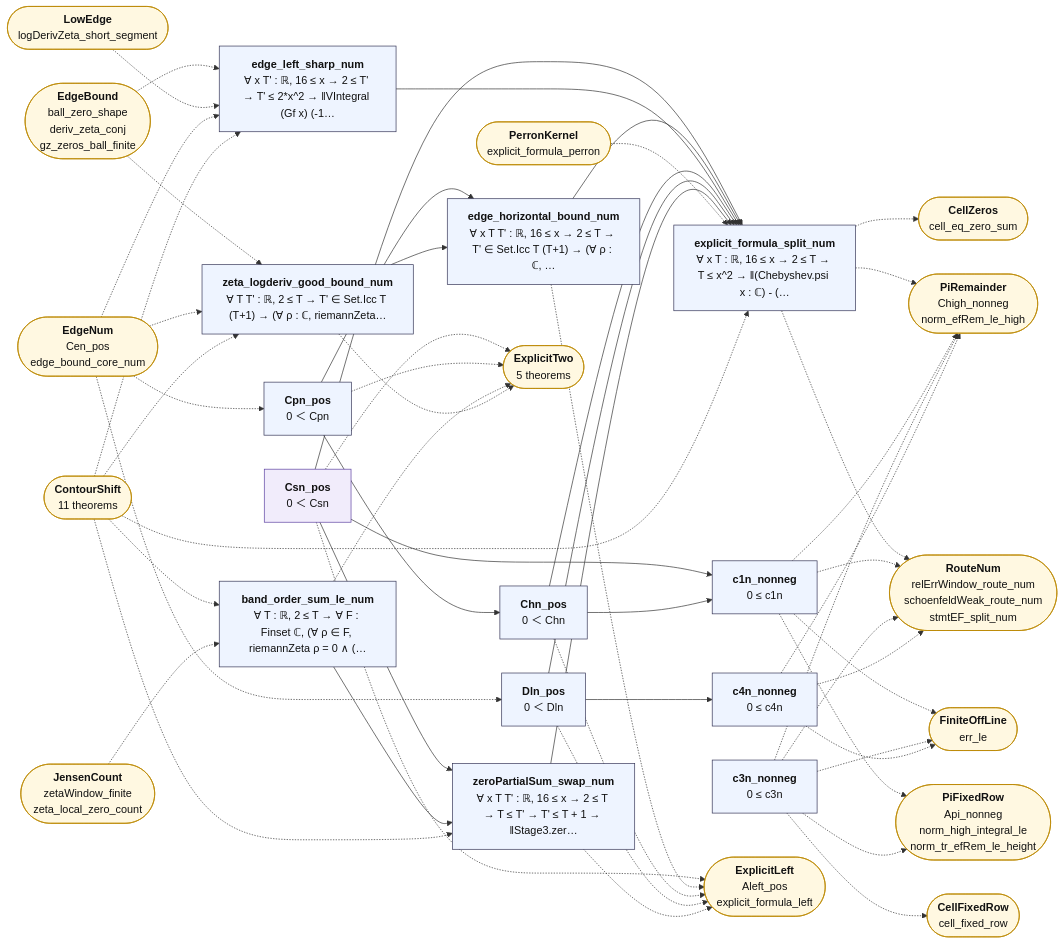
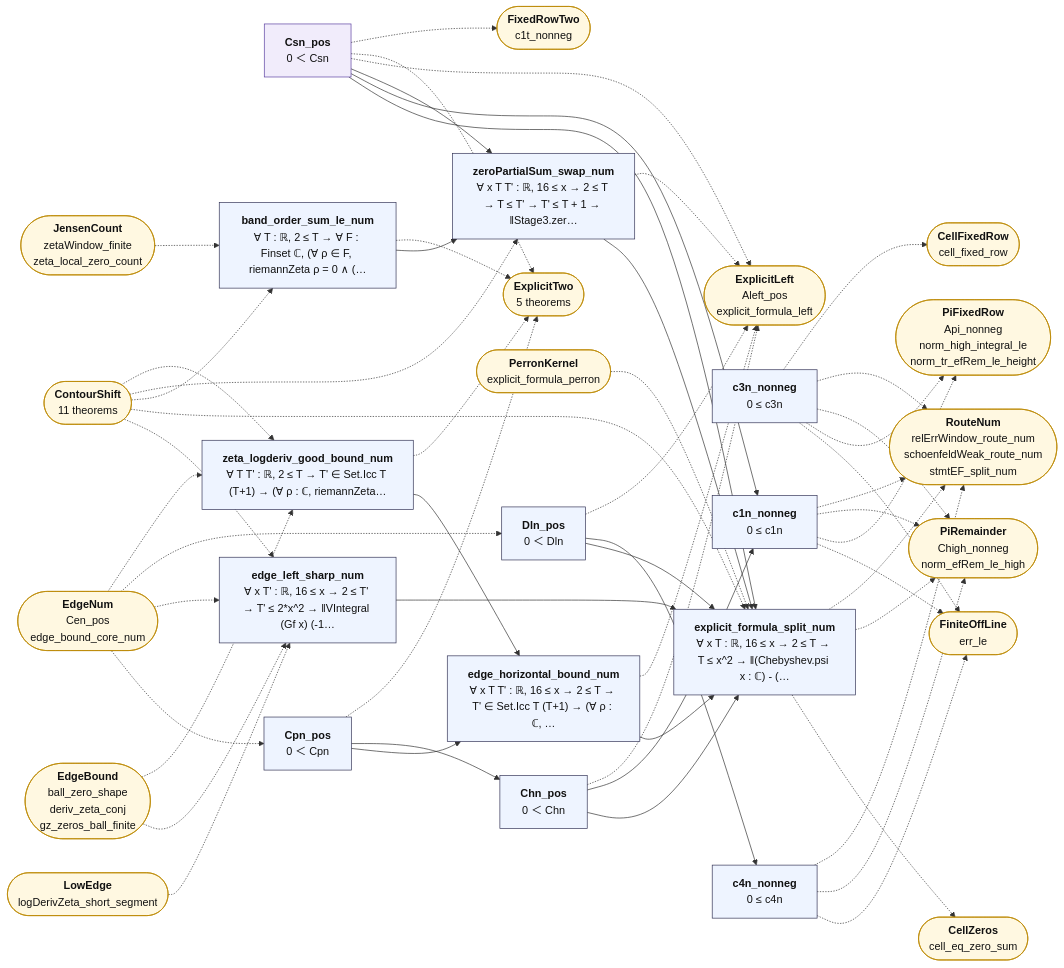
Before and after one commit to juliansambranojr/Primebeat_081426: the diagram in map/lean_stage3/GlueNum.mmd, drawn with Mermaid. The commit also changed 49 other files, not shown here.

```diff
--- a/map/lean_stage3/GlueNum.mmd
+++ b/map/lean_stage3/GlueNum.mmd
@@ -1,88 +1,90 @@
 flowchart LR
   n0["<b>Csn_pos</b><br/>0 ＜ Csn"]:::shp
   n1["<b>Cpn_pos</b><br/>0 ＜ Cpn"]:::thm
   n2["<b>Chn_pos</b><br/>0 ＜ Chn"]:::thm
   n3["<b>Dln_pos</b><br/>0 ＜ Dln"]:::thm
   n4["<b>c1n_nonneg</b><br/>0 ≤ c1n"]:::thm
   n5["<b>c3n_nonneg</b><br/>0 ≤ c3n"]:::thm
   n6["<b>c4n_nonneg</b><br/>0 ≤ c4n"]:::thm
   n7["<b>band_order_sum_le_num</b><br/>∀ T : ℝ, 2 ≤ T → ∀ F : Finset ℂ, (∀ ρ ∈ F, riemannZeta ρ = 0 ∧ (…"]:::thm
   n8["<b>zeroPartialSum_swap_num</b><br/>∀ x T T' : ℝ, 16 ≤ x → 2 ≤ T → T ≤ T' → T' ≤ T + 1 → ‖Stage3.zer…"]:::thm
   n9["<b>zeta_logderiv_good_bound_num</b><br/>∀ T T' : ℝ, 2 ≤ T → T' ∈ Set.Icc T (T+1) → (∀ ρ : ℂ, riemannZeta…"]:::thm
   n10["<b>edge_horizontal_bound_num</b><br/>∀ x T T' : ℝ, 16 ≤ x → 2 ≤ T → T' ∈ Set.Icc T (T+1) → (∀ ρ : ℂ, …"]:::thm
   n11["<b>edge_left_sharp_num</b><br/>∀ x T' : ℝ, 16 ≤ x → 2 ≤ T' → T' ≤ 2*x^2 → ‖VIntegral (Gf x) (-1…"]:::thm
   n12["<b>explicit_formula_split_num</b><br/>∀ x T : ℝ, 16 ≤ x → 2 ≤ T → T ≤ x^2 → ‖(Chebyshev.psi x : ℂ) - (…"]:::thm
   x0(["<b>ExplicitLeft</b><br/>Aleft_pos<br/>explicit_formula_left"]):::ext
   x1(["<b>ExplicitTwo</b><br/>5 theorems"]):::ext
-  x2(["<b>EdgeNum</b><br/>Cen_pos<br/>edge_bound_core_num"]):::ext
-  x3(["<b>FiniteOffLine</b><br/>err_le"]):::ext
-  x4(["<b>PiFixedRow</b><br/>Api_nonneg<br/>norm_high_integral_le<br/>norm_tr_efRem_le_height"]):::ext
-  x5(["<b>PiRemainder</b><br/>Chigh_nonneg<br/>norm_efRem_le_high"]):::ext
-  x6(["<b>RouteNum</b><br/>relErrWindow_route_num<br/>schoenfeldWeak_route_num<br/>stmtEF_split_num"]):::ext
-  x7(["<b>CellFixedRow</b><br/>cell_fixed_row"]):::ext
-  x8(["<b>ContourShift</b><br/>11 theorems"]):::ext
-  x9(["<b>JensenCount</b><br/>zetaWindow_finite<br/>zeta_local_zero_count"]):::ext
-  x10(["<b>EdgeBound</b><br/>ball_zero_shape<br/>deriv_zeta_conj<br/>gz_zeros_ball_finite"]):::ext
-  x11(["<b>LowEdge</b><br/>logDerivZeta_short_segment"]):::ext
-  x12(["<b>PerronKernel</b><br/>explicit_formula_perron"]):::ext
-  x13(["<b>CellZeros</b><br/>cell_eq_zero_sum"]):::ext
+  x2(["<b>FixedRowTwo</b><br/>c1t_nonneg"]):::ext
+  x3(["<b>EdgeNum</b><br/>Cen_pos<br/>edge_bound_core_num"]):::ext
+  x4(["<b>FiniteOffLine</b><br/>err_le"]):::ext
+  x5(["<b>PiFixedRow</b><br/>Api_nonneg<br/>norm_high_integral_le<br/>norm_tr_efRem_le_height"]):::ext
+  x6(["<b>PiRemainder</b><br/>Chigh_nonneg<br/>norm_efRem_le_high"]):::ext
+  x7(["<b>RouteNum</b><br/>relErrWindow_route_num<br/>schoenfeldWeak_route_num<br/>stmtEF_split_num"]):::ext
+  x8(["<b>CellFixedRow</b><br/>cell_fixed_row"]):::ext
+  x9(["<b>ContourShift</b><br/>11 theorems"]):::ext
+  x10(["<b>JensenCount</b><br/>zetaWindow_finite<br/>zeta_local_zero_count"]):::ext
+  x11(["<b>EdgeBound</b><br/>ball_zero_shape<br/>deriv_zeta_conj<br/>gz_zeros_ball_finite"]):::ext
+  x12(["<b>LowEdge</b><br/>logDerivZeta_short_segment"]):::ext
+  x13(["<b>PerronKernel</b><br/>explicit_formula_perron"]):::ext
+  x14(["<b>CellZeros</b><br/>cell_eq_zero_sum"]):::ext
   n0 --> n12
   n0 --> n4
   n0 --> n8
   n1 --> n10
   n1 --> n2
   n10 --> n12
   n11 --> n12
   n2 --> n12
   n2 --> n4
   n3 --> n12
   n3 --> n6
   n7 --> n8
   n8 --> n12
   n9 --> n10
   n0 -.-> x0
   n0 -.-> x1
+  n0 -.-> x2
   n1 -.-> x1
   n10 -.-> x0
-  n12 -.-> x13
-  n12 -.-> x5
+  n12 -.-> x14
   n12 -.-> x6
+  n12 -.-> x7
   n2 -.-> x0
   n3 -.-> x0
-  n4 -.-> x3
   n4 -.-> x4
   n4 -.-> x5
   n4 -.-> x6
-  n5 -.-> x3
+  n4 -.-> x7
   n5 -.-> x4
   n5 -.-> x5
   n5 -.-> x6
   n5 -.-> x7
-  n6 -.-> x3
-  n6 -.-> x5
+  n5 -.-> x8
+  n6 -.-> x4
   n6 -.-> x6
+  n6 -.-> x7
   n7 -.-> x1
   n8 -.-> x0
   n9 -.-> x1
-  x10 -.-> n11
-  x10 -.-> n9
+  x10 -.-> n7
   x11 -.-> n11
-  x12 -.-> n12
-  x2 -.-> n1
-  x2 -.-> n11
-  x2 -.-> n3
-  x2 -.-> n9
-  x8 -.-> n11
-  x8 -.-> n12
-  x8 -.-> n7
-  x8 -.-> n8
-  x8 -.-> n9
+  x11 -.-> n9
+  x12 -.-> n11
+  x13 -.-> n12
+  x3 -.-> n1
+  x3 -.-> n11
+  x3 -.-> n3
+  x3 -.-> n9
+  x9 -.-> n11
+  x9 -.-> n12
   x9 -.-> n7
+  x9 -.-> n8
+  x9 -.-> n9
   classDef cnt fill:#dff5ec,stroke:#17694a,color:#111
   classDef shp fill:#f1ecfb,stroke:#5b3fa0,color:#111
   classDef rh fill:#ffe5e5,stroke:#c22,color:#111,stroke-width:2px
   classDef thm fill:#eef4ff,stroke:#335,color:#111
   classDef end_ fill:#e7f7e7,stroke:#2a7,color:#111,stroke-width:2px
   classDef lone fill:#fff,stroke:#999,color:#111,stroke-dasharray:4 3
   classDef bad fill:#ffe5e5,stroke:#c22,color:#111,stroke-width:2px
   classDef ext fill:#fff8e1,stroke:#b80,color:#111
```
